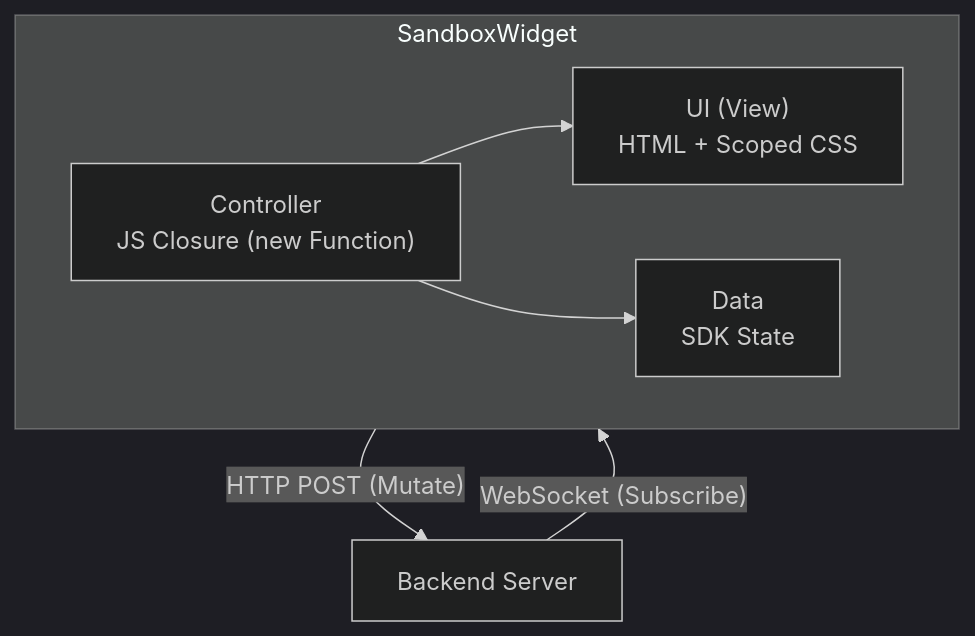
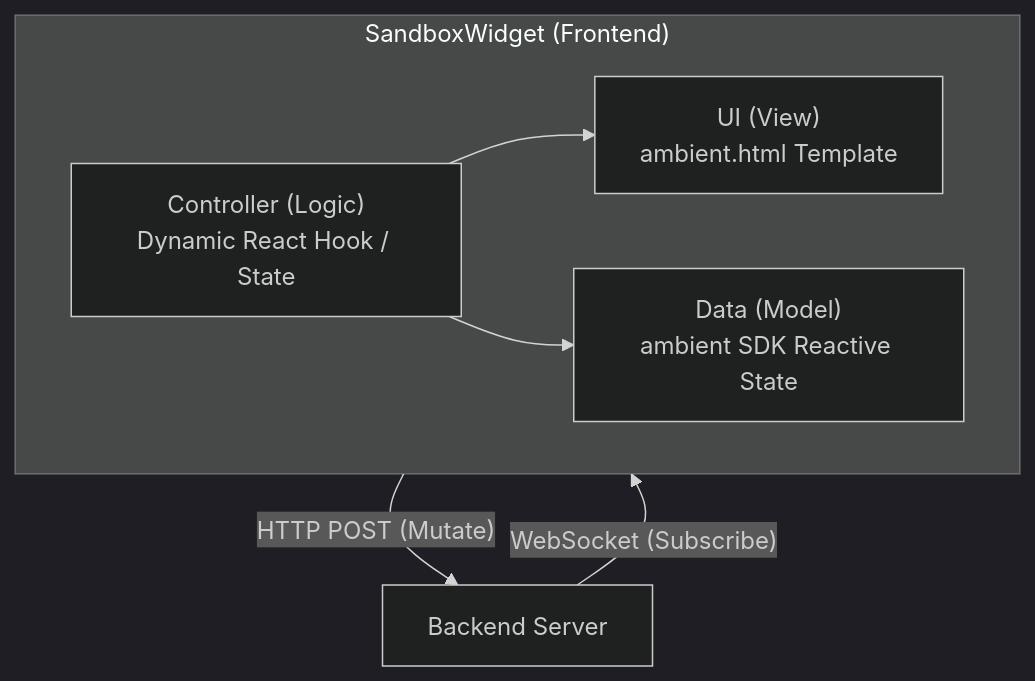
The first of 2 diagrams in docs/architecture/apps.md (BillShiyaoZhang/ambient-agent), drawn with Mermaid (dark theme) before and after one commit. The commit also changed other lines of this file and 26 other files, not shown here.

First line of the commit message:
Unify widget system to React+HTM

````diff
--- a/docs/architecture/apps.md
+++ b/docs/architecture/apps.md
@@ -20,17 +45,17 @@
 ```mermaid
 graph TB
-    subgraph SandboxWidget ["SandboxWidget"]
+    subgraph SandboxWidget ["SandboxWidget (Frontend)"]
         direction LR
-        UI["UI (View)<br/>HTML + Scoped CSS"]
-        Ctrl["Controller<br/>JS Closure (new Function)"]
-        Data["Data<br/>SDK State"]
+        UI["UI (View)<br/>ambient.html Template"]
+        Ctrl["Controller (Logic)<br/>Dynamic React Hook / State"]
+        Data["Data (Model)<br/>ambient SDK Reactive State"]
 
         Ctrl --> UI
         Ctrl --> Data
     end
 
     BE["Backend Server"]
 
     Ctrl -- "HTTP POST (Mutate)" --> BE
     BE -- "WebSocket (Subscribe)" --> Data
 ```
````
